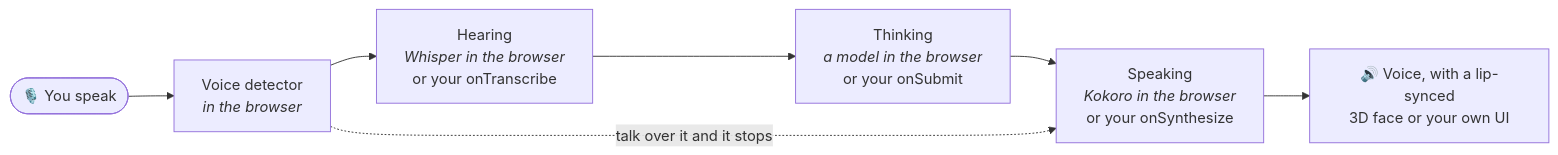
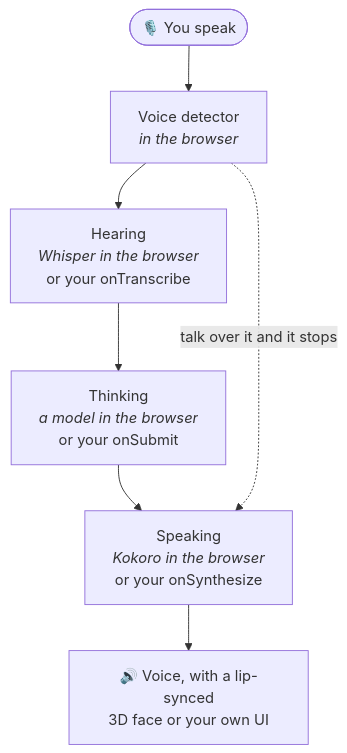
One commit to 927tanmay/react-ai-voice-avatar changed the diagram in README.md. Above: the diagram before and after it, drawn with Mermaid.

Commit message:
docs: draw the pipeline top to bottom, so it stays readable on a phone
Left to right, GitHub shrank the diagram to fit a phone and its labels to
about 3 px. Top to bottom they stay at 15 px, and on a desktop it shows at
its natural width.

````diff
--- a/README.md
+++ b/README.md
@@ -558,9 +558,9 @@
 ```mermaid
-flowchart LR
+flowchart TD
   mic(["🎙️ You speak"]) --> vad["Voice detector<br/><i>in the browser</i>"]
   vad --> hear["Hearing<br/><i>Whisper in the browser</i><br/>or your onTranscribe"]
   hear --> think["Thinking<br/><i>a model in the browser</i><br/>or your onSubmit"]
   think --> speak["Speaking<br/><i>Kokoro in the browser</i><br/>or your onSynthesize"]
   speak --> face["🔊 Voice, with a lip-synced<br/>3D face or your own UI"]
   vad -. "talk over it and it stops" .-> speak
 ```
````
